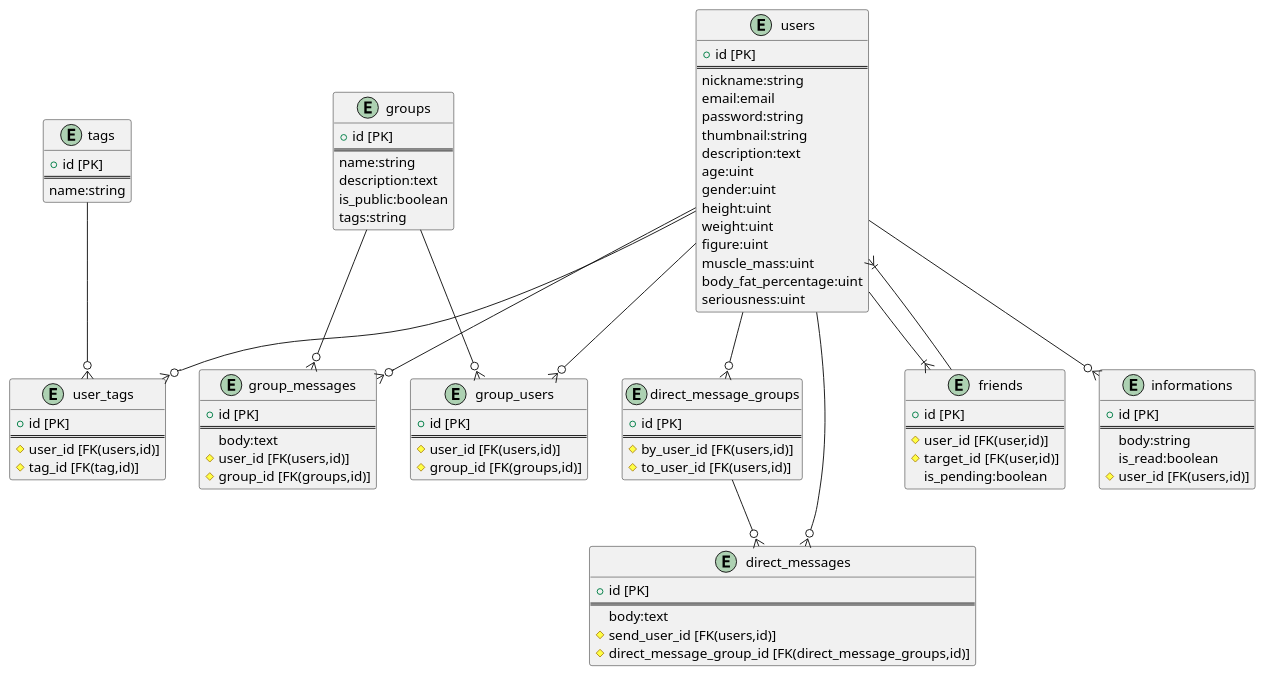
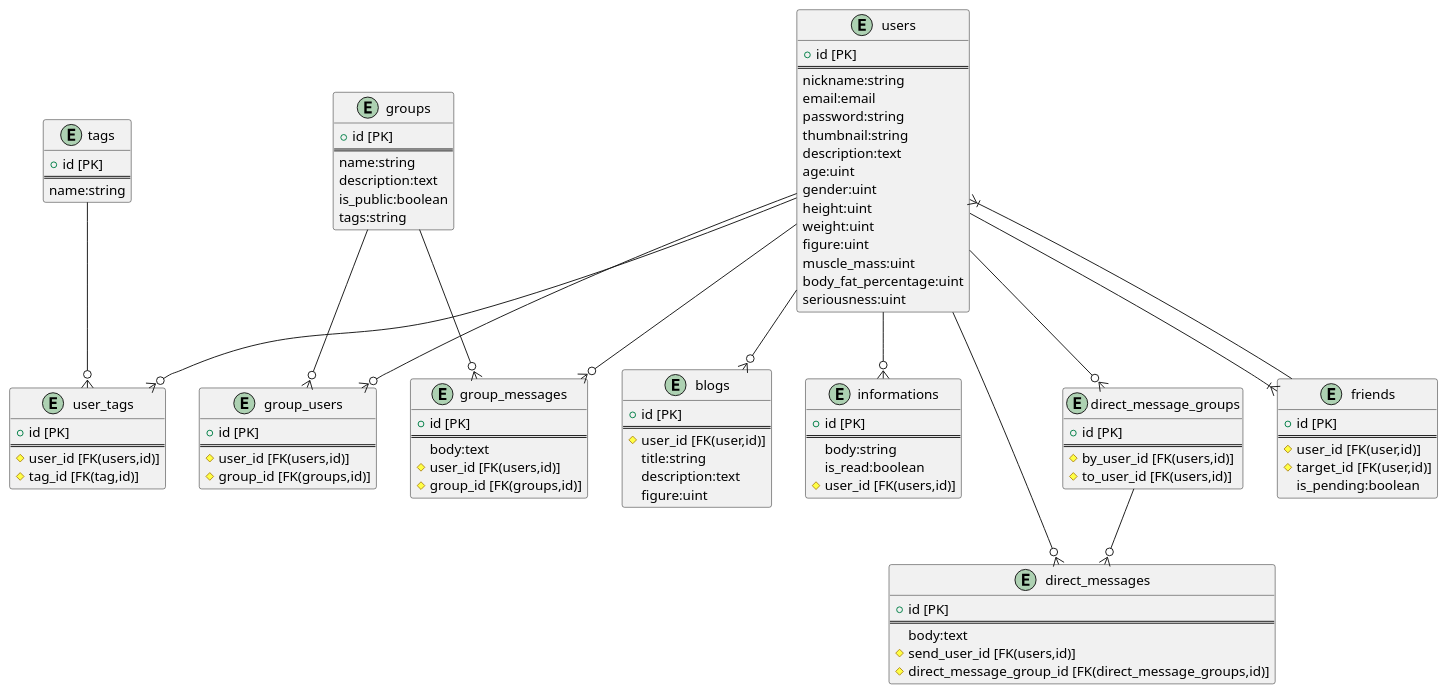
One commit to NAKKA-K/musclers changed the diagram in docs/ER.md. Above: the diagram before and after it, drawn with PlantUML.

Commit message:
[追加]blogsテーブルのER図設計１

````diff
--- a/docs/ER.md
+++ b/docs/ER.md
@@ -102,5 +102,15 @@
 users --|{ friends
 users }|-- friends
 
+entity "blogs" {
+    + id [PK]
+    ==
+    # user_id [FK(user,id)]
+    title:string
+    description:text
+    figure:uint
+}
+users --o{ blogs
+
 @enduml
 ```
````
